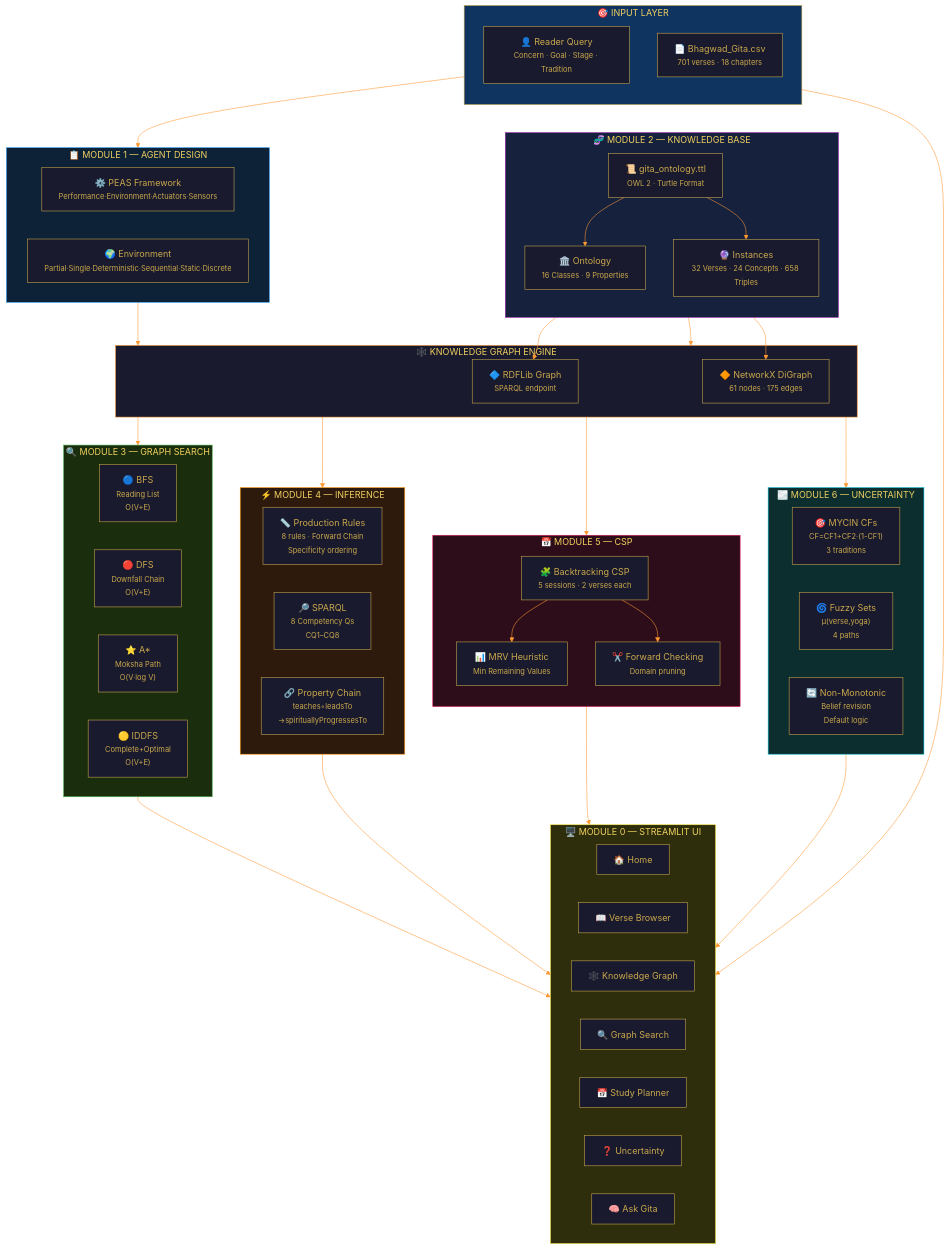
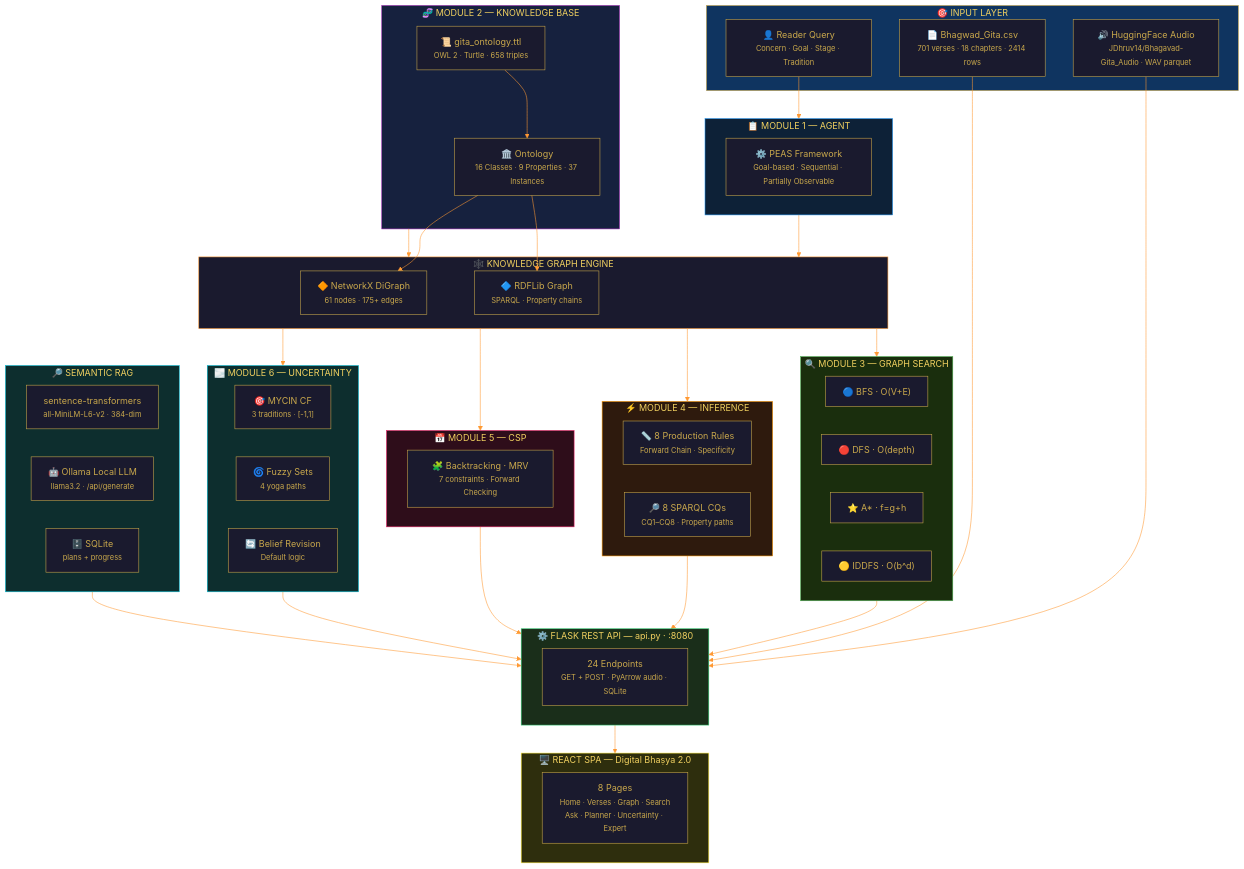
Before and after one commit to DevRaviX/gitagraph: the first of 7 diagrams in README.md, drawn with Mermaid. The commit also changed other lines of this file and 41 other files, not shown here.

````diff
--- a/README.md
+++ b/README.md
@@ -49,107 +63,85 @@
 %%{init: {
   'theme': 'base',
   'themeVariables': {
-    'primaryColor': '#1A1A2E',
-    'primaryTextColor': '#C9A84C',
-    'primaryBorderColor': '#C9A84C',
-    'lineColor': '#FF9933',
-    'secondaryColor': '#16213E',
-    'tertiaryColor': '#0F3460',
-    'background': '#0A0A16',
-    'mainBkg': '#1A1A2E',
-    'nodeBorder': '#C9A84C',
-    'clusterBkg': '#12122A',
-    'titleColor': '#F0D060',
-    'edgeLabelBackground': '#1A1A2E',
-    'attributeBackgroundColorEven': '#16213E',
-    'attributeBackgroundColorOdd': '#1A1A2E'
+    'primaryColor': '#1A1A2E', 'primaryTextColor': '#C9A84C',
+    'primaryBorderColor': '#C9A84C', 'lineColor': '#FF9933',
+    'secondaryColor': '#16213E', 'background': '#0A0A16',
+    'mainBkg': '#1A1A2E', 'clusterBkg': '#12122A',
+    'titleColor': '#F0D060', 'edgeLabelBackground': '#1A1A2E'
   }
 }}%%
-
 graph TD
     subgraph INPUT["🎯 INPUT LAYER"]
-        direction TB
         U["👤 Reader Query<br/><small>Concern · Goal · Stage · Tradition</small>"]
-        CSV["📄 Bhagwad_Gita.csv<br/><small>701 verses · 18 chapters</small>"]
+        CSV["📄 Bhagwad_Gita.csv<br/><small>701 verses · 18 chapters · 2414 rows</small>"]
+        AUDIO["🔊 HuggingFace Audio<br/><small>JDhruv14/Bhagavad-Gita_Audio · WAV parquet</small>"]
     end
 
     subgraph KB["🧬 MODULE 2 — KNOWLEDGE BASE"]
-        direction TB
-        TTL["📜 gita_ontology.ttl<br/><small>OWL 2 · Turtle Format</small>"]
-        ONT["🏛️ Ontology<br/><small>16 Classes · 9 Properties</small>"]
-        INST["🔮 Instances<br/><small>32 Verses · 24 Concepts · 658 Triples</small>"]
+        TTL["📜 gita_ontology.ttl<br/><small>OWL 2 · Turtle · 658 triples</small>"]
+        ONT["🏛️ Ontology<br/><small>16 Classes · 9 Properties · 37 Instances</small>"]
         TTL --> ONT
-        TTL --> INST
     end
 
-    subgraph M1["📋 MODULE 1 — AGENT DESIGN"]
-        PEAS["⚙️ PEAS Framework<br/><small>Performance·Environment·Actuators·Sensors</small>"]
-        ENV["🌍 Environment<br/><small>Partial·Single·Deterministic·Sequential·Static·Discrete</small>"]
+    subgraph M1["📋 MODULE 1 — AGENT"]
+        PEAS["⚙️ PEAS Framework<br/><small>Goal-based · Sequential · Partially Observable</small>"]
     end
 
     subgraph KG["🕸️ KNOWLEDGE GRAPH ENGINE"]
-        RDF["🔷 RDFLib Graph<br/><small>SPARQL endpoint</small>"]
-        NX["🔶 NetworkX DiGraph<br/><small>61 nodes · 175 edges</small>"]
-        INST --> RDF
-        INST --> NX
+        RDF["🔷 RDFLib Graph<br/><small>SPARQL · Property chains</small>"]
+        NX["🔶 NetworkX DiGraph<br/><small>61 nodes · 175+ edges</small>"]
+        ONT --> RDF
+        ONT --> NX
     end
 
     subgraph M3["🔍 MODULE 3 — GRAPH SEARCH"]
-        direction LR
-        BFS["🔵 BFS<br/><small>Reading List<br/>O(V+E)</small>"]
-        DFS["🔴 DFS<br/><small>Downfall Chain<br/>O(V+E)</small>"]
-        ASTAR["⭐ A*<br/><small>Moksha Path<br/>O(V·log V)</small>"]
-        IDDFS["🟡 IDDFS<br/><small>Complete+Optimal<br/>O(V+E)</small>"]
+        BFS["🔵 BFS · O(V+E)"]
+        DFS["🔴 DFS · O(depth)"]
+        ASTAR["⭐ A* · f=g+h"]
+        IDDFS["🟡 IDDFS · O(b^d)"]
     end
 
     subgraph M4["⚡ MODULE 4 — INFERENCE"]
-        direction LR
-        RULES["📏 Production Rules<br/><small>8 rules · Forward Chain<br/>Specificity ordering</small>"]
-        SPARQL["🔎 SPARQL<br/><small>8 Competency Qs<br/>CQ1–CQ8</small>"]
-        PROPCHAIN["🔗 Property Chain<br/><small>teaches∘leadsTo<br/>→spirituallyProgressesTo</small>"]
+        RULES["📏 8 Production Rules<br/><small>Forward Chain · Specificity</small>"]
+        SPARQL["🔎 8 SPARQL CQs<br/><small>CQ1–CQ8 · Property paths</small>"]
     end
 
     subgraph M5["📅 MODULE 5 — CSP"]
-        direction TB
-        CSP["🧩 Backtracking CSP<br/><small>5 sessions · 2 verses each</small>"]
-        MRV["📊 MRV Heuristic<br/><small>Min Remaining Values</small>"]
-        FC["✂️ Forward Checking<br/><small>Domain pruning</small>"]
-        CSP --> MRV
-        CSP --> FC
+        CSP["🧩 Backtracking · MRV<br/><small>7 constraints · Forward Checking</small>"]
     end
 
     subgraph M6["🌫️ MODULE 6 — UNCERTAINTY"]
-        direction LR
-        CF["🎯 MYCIN CFs<br/><small>CF=CF1+CF2·(1-CF1)<br/>3 traditions</small>"]
-        FUZZY["🌀 Fuzzy Sets<br/><small>μ(verse,yoga)<br/>4 paths</small>"]
-        NMR["🔄 Non-Monotonic<br/><small>Belief revision<br/>Default logic</small>"]
+        CF["🎯 MYCIN CF<br/><small>3 traditions · [-1,1]</small>"]
+        FUZZY["🌀 Fuzzy Sets<br/><small>4 yoga paths</small>"]
+        NMR["🔄 Belief Revision<br/><small>Default logic</small>"]
     end
 
-    subgraph UI["🖥️ MODULE 0 — STREAMLIT UI"]
-        direction LR
-        HOME["🏠 Home"]
-        BROWSER["📖 Verse Browser"]
-        GRAPH["🕸️ Knowledge Graph"]
-        SEARCH["🔍 Graph Search"]
-        PLANNER["📅 Study Planner"]
-        UNCERTAIN["❓ Uncertainty"]
-        ASK["🧠 Ask Gita"]
+    subgraph RAG["🔎 SEMANTIC RAG"]
+        EMBS["sentence-transformers<br/><small>all-MiniLM-L6-v2 · 384-dim</small>"]
+        OLLAMA["🤖 Ollama Local LLM<br/><small>llama3.2 · /api/generate</small>"]
+        SQLITE["🗄️ SQLite<br/><small>plans + progress</small>"]
+    end
+
+    subgraph API["⚙️ FLASK REST API — api.py · :8080"]
+        ROUTES["24 Endpoints<br/><small>GET + POST · PyArrow audio · SQLite</small>"]
+    end
+
+    subgraph UI["🖥️ REACT SPA — Digital Bhaṣya 2.0"]
+        PAGES["8 Pages<br/><small>Home · Verses · Graph · Search<br/>Ask · Planner · Uncertainty · Expert</small>"]
     end
 
     U --> M1
-    CSV --> UI
+    CSV --> API
+    AUDIO --> API
     M1 --> KG
     KB --> KG
-    KG --> M3
-    KG --> M4
-    KG --> M5
-    KG --> M6
-    M3 --> UI
-    M4 --> UI
-    M5 --> UI
-    M6 --> UI
+    KG --> M3 & M4 & M5 & M6
+    M3 & M4 & M5 & M6 --> API
+    RAG --> API
+    API --> UI
 
     style INPUT fill:#0F3460,stroke:#C9A84C,color:#F0D060
+    style RAG fill:#0D2E2E,stroke:#00BCD4,color:#F0D060
     style KB fill:#16213E,stroke:#9C27B0,color:#F0D060
     style KG fill:#1A1A2E,stroke:#FF9933,color:#F0D060
     style M1 fill:#0D2137,stroke:#2196F3,color:#F0D060
@@ -157,5 +149,6 @@
     style M4 fill:#2E1A0D,stroke:#FF9800,color:#F0D060
     style M5 fill:#2E0D1A,stroke:#E91E63,color:#F0D060
     style M6 fill:#0D2E2E,stroke:#00BCD4,color:#F0D060
+    style API fill:#1A2E1A,stroke:#2ECC71,color:#F0D060
     style UI fill:#2E2E0D,stroke:#FFEB3B,color:#F0D060
 ```
````
